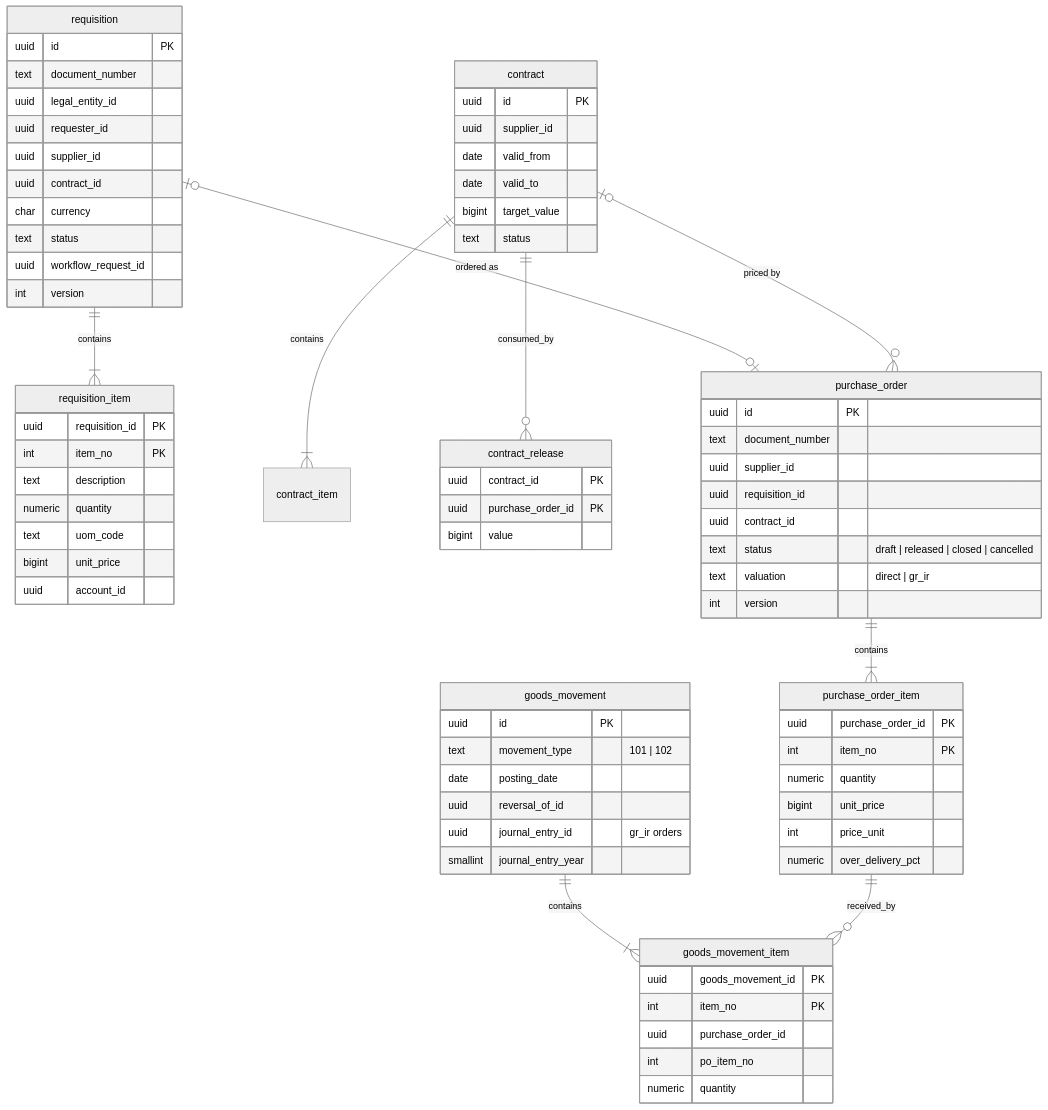
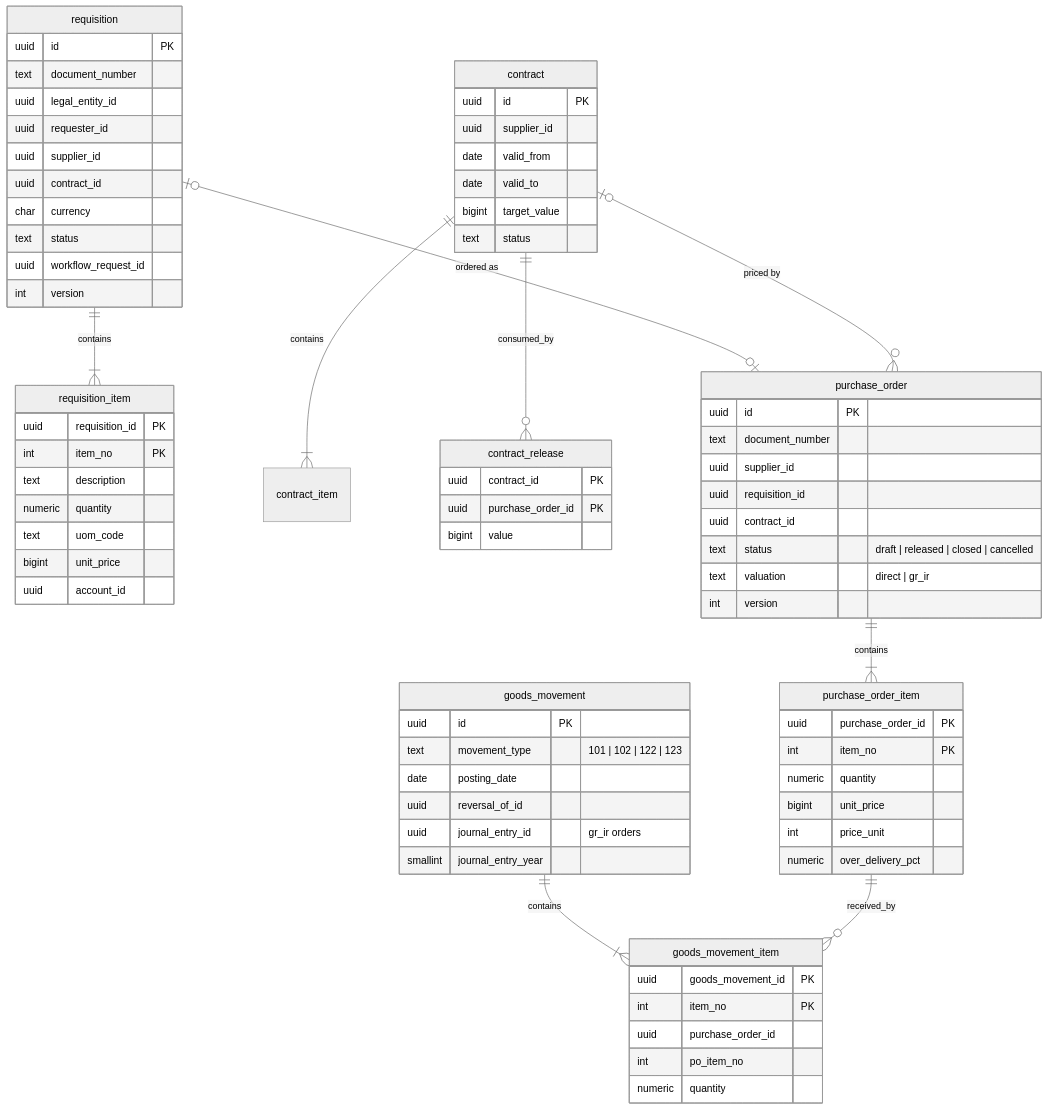
The sixth of 9 diagrams in docs/design/03-data-model.md (mustie7iy/agentic-erp), drawn with Mermaid (neutral theme) before and after one commit. The commit also changed other lines of this file and 18 other files, not shown here.

````diff
--- a/docs/design/03-data-model.md
+++ b/docs/design/03-data-model.md
@@ -680,62 +680,62 @@
 ```mermaid
 erDiagram
   requisition ||--|{ requisition_item : contains
   contract ||--|{ contract_item : contains
   contract ||--o{ contract_release : consumed_by
   purchase_order ||--|{ purchase_order_item : contains
   requisition |o--o| purchase_order : "ordered as"
   contract |o--o{ purchase_order : "priced by"
   goods_movement ||--|{ goods_movement_item : contains
   purchase_order_item ||--o{ goods_movement_item : received_by
   requisition { uuid id PK
     text document_number
     uuid legal_entity_id
     uuid requester_id
     uuid supplier_id
     uuid contract_id
     char currency
     text status
     uuid workflow_request_id
     int version }
   requisition_item { uuid requisition_id PK
     int item_no PK
     text description
     numeric quantity
     text uom_code
     bigint unit_price
     uuid account_id }
   contract { uuid id PK
     uuid supplier_id
     date valid_from
     date valid_to
     bigint target_value
     text status }
   contract_release { uuid contract_id PK
     uuid purchase_order_id PK
     bigint value }
   purchase_order { uuid id PK
     text document_number
     uuid supplier_id
     uuid requisition_id
     uuid contract_id
     text status "draft | released | closed | cancelled"
     text valuation "direct | gr_ir"
     int version }
   purchase_order_item { uuid purchase_order_id PK
     int item_no PK
     numeric quantity
     bigint unit_price
     int price_unit
     numeric over_delivery_pct }
   goods_movement { uuid id PK
-    text movement_type "101 | 102"
+    text movement_type "101 | 102 | 122 | 123"
     date posting_date
     uuid reversal_of_id
     uuid journal_entry_id "gr_ir orders"
     smallint journal_entry_year }
   goods_movement_item { uuid goods_movement_id PK
     int item_no PK
     uuid purchase_order_id
     int po_item_no
     numeric quantity }
 ```
````
